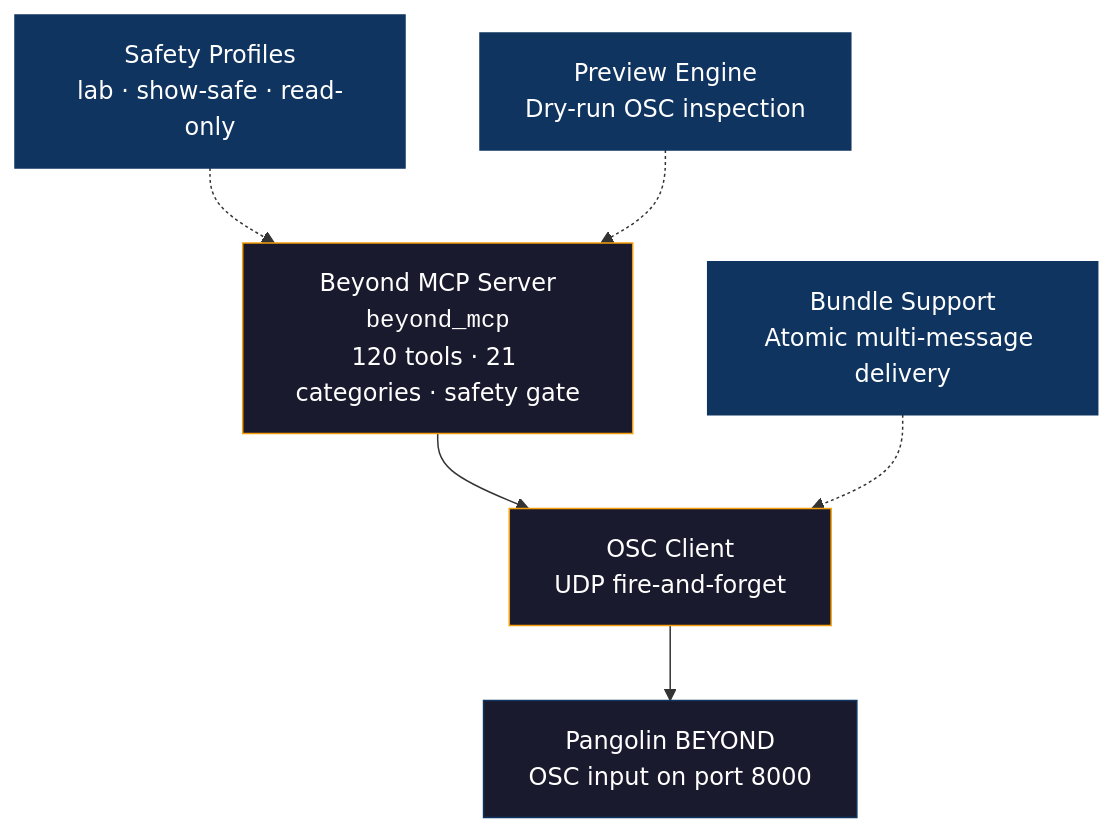
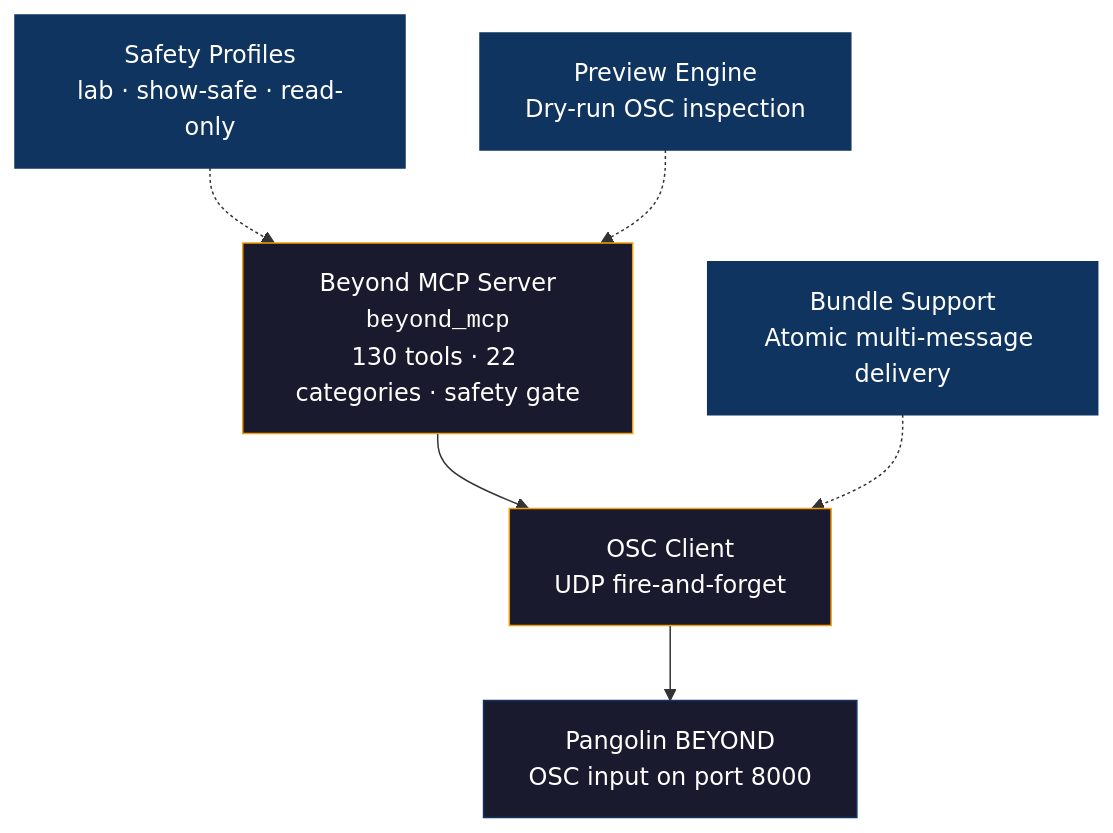
The diagram in README.md (jalsaffar/beyond-mcp), drawn with Mermaid before and after one commit. The commit also changed other lines of this file and 6 other files, not shown here.

First line of the commit message:
Add read-only tools for BEYOND's HTTP server

````diff
--- a/README.md
+++ b/README.md
@@ -77,17 +78,17 @@
 ```mermaid
 graph TD
-    A["Beyond MCP Server<br/><code>beyond_mcp</code><br/>120 tools · 21 categories · safety gate"] --> B
+    A["Beyond MCP Server<br/><code>beyond_mcp</code><br/>130 tools · 22 categories · safety gate"] --> B
     B["OSC Client<br/>UDP fire-and-forget"] --> C
     C["Pangolin BEYOND<br/>OSC input on port 8000"]
 
     D["Safety Profiles<br/>lab · show-safe · read-only"] -.-> A
     E["Preview Engine<br/>Dry-run OSC inspection"] -.-> A
     F["Bundle Support<br/>Atomic multi-message delivery"] -.-> B
 
     style A fill:#1a1a2e,stroke:#F59E0B,color:#fff
     style B fill:#1a1a2e,stroke:#F59E0B,color:#fff
     style C fill:#1a1a2e,stroke:#0f3460,color:#fff
     style D fill:#0f3460,stroke:#0f3460,color:#fff
     style E fill:#0f3460,stroke:#0f3460,color:#fff
     style F fill:#0f3460,stroke:#0f3460,color:#fff
 ```
````
